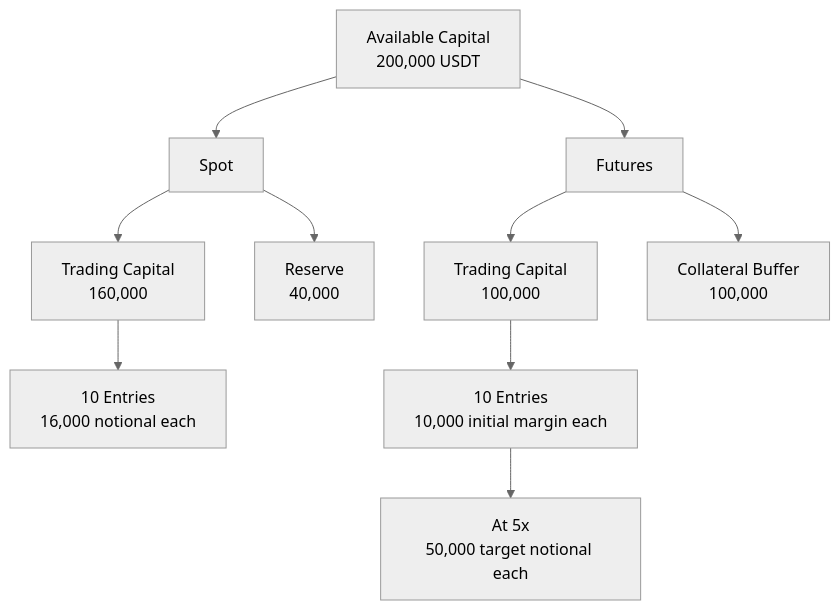
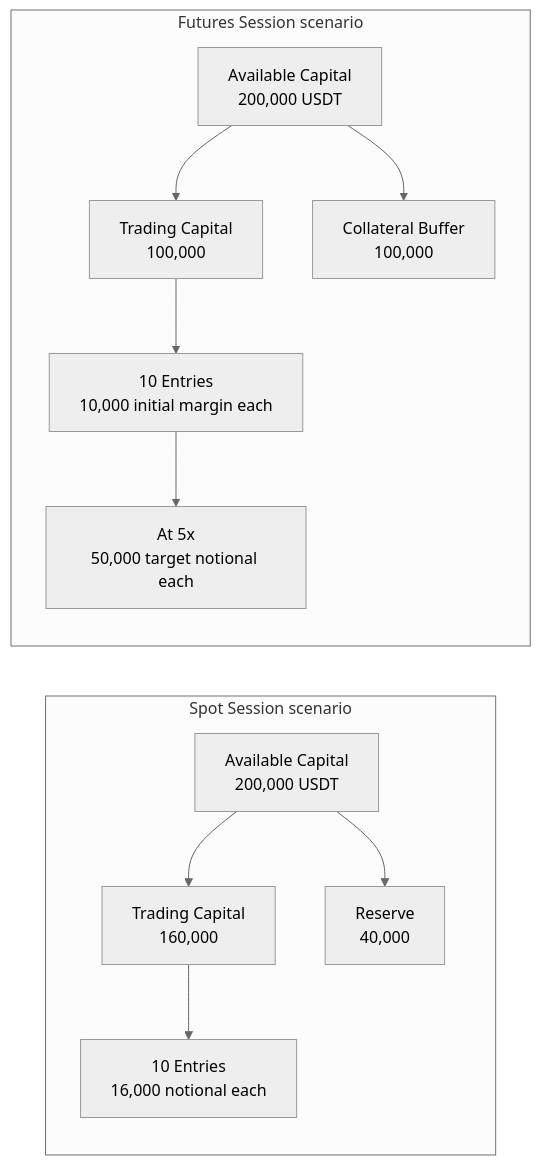
One commit to yukasung/tiewtrade changed the diagram in docs-site/content/capital-allocation.mdx. Above: the diagram before and after it, drawn with Mermaid (neutral theme). The commit also changed other lines of this file and 6 other files, not shown here.

````diff
--- a/docs-site/content/capital-allocation.mdx
+++ b/docs-site/content/capital-allocation.mdx
@@ -26,13 +26,16 @@
 ```mermaid
-flowchart TB
-    A[Available Capital<br/>200,000 USDT]
-    A --> S[Spot]
-    A --> F[Futures]
-    S --> ST[Trading Capital<br/>160,000]
-    S --> SR[Reserve<br/>40,000]
-    ST --> SE[10 Entries<br/>16,000 notional each]
-    F --> FT[Trading Capital<br/>100,000]
-    F --> FB[Collateral Buffer<br/>100,000]
-    FT --> FM[10 Entries<br/>10,000 initial margin each]
-    FM --> FN[At 5x<br/>50,000 target notional each]
+flowchart LR
+    subgraph SPOT[Spot Session scenario]
+        SA[Available Capital<br/>200,000 USDT]
+        SA --> ST[Trading Capital<br/>160,000]
+        SA --> SR[Reserve<br/>40,000]
+        ST --> SE[10 Entries<br/>16,000 notional each]
+    end
+    subgraph FUTURES[Futures Session scenario]
+        FA[Available Capital<br/>200,000 USDT]
+        FA --> FT[Trading Capital<br/>100,000]
+        FA --> FB[Collateral Buffer<br/>100,000]
+        FT --> FM[10 Entries<br/>10,000 initial margin each]
+        FM --> FN[At 5x<br/>50,000 target notional each]
+    end
 ```
````
